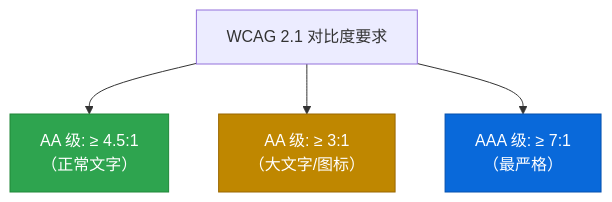
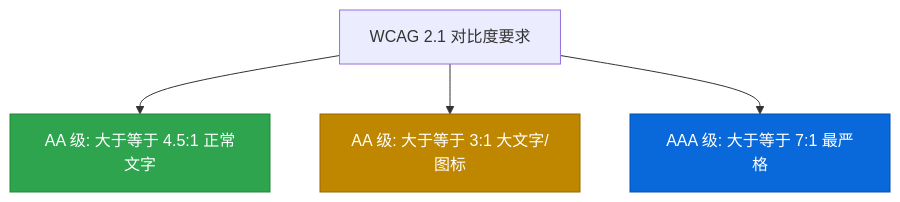
The fourth of 5 diagrams in learn/05-color-system.md (Cleam/primer-css), drawn with Mermaid before and after one commit. The commit also changed other lines of this file and 10 other files, not shown here.

First line of the commit message:
Fix mermaid diagram syntax for GitHub rendering compatibility

````diff
--- a/learn/05-color-system.md
+++ b/learn/05-color-system.md
@@ -284,10 +284,10 @@
 ```mermaid
 graph TB
-    A[WCAG 2.1 对比度要求] --> B["AA 级: ≥ 4.5:1<br/>（正常文字）"]
-    A --> C["AA 级: ≥ 3:1<br/>（大文字/图标）"]
-    A --> D["AAA 级: ≥ 7:1<br/>（最严格）"]
+    A["WCAG 2.1 对比度要求"] --> B["AA 级: 大于等于 4.5:1 正常文字"]
+    A --> C["AA 级: 大于等于 3:1 大文字/图标"]
+    A --> D["AAA 级: 大于等于 7:1 最严格"]
 
     style B fill:#2ea44f,stroke:#218838,color:#fff
     style C fill:#bf8700,stroke:#9a6700,color:#fff
     style D fill:#0969da,stroke:#0550ae,color:#fff
 ```
````
